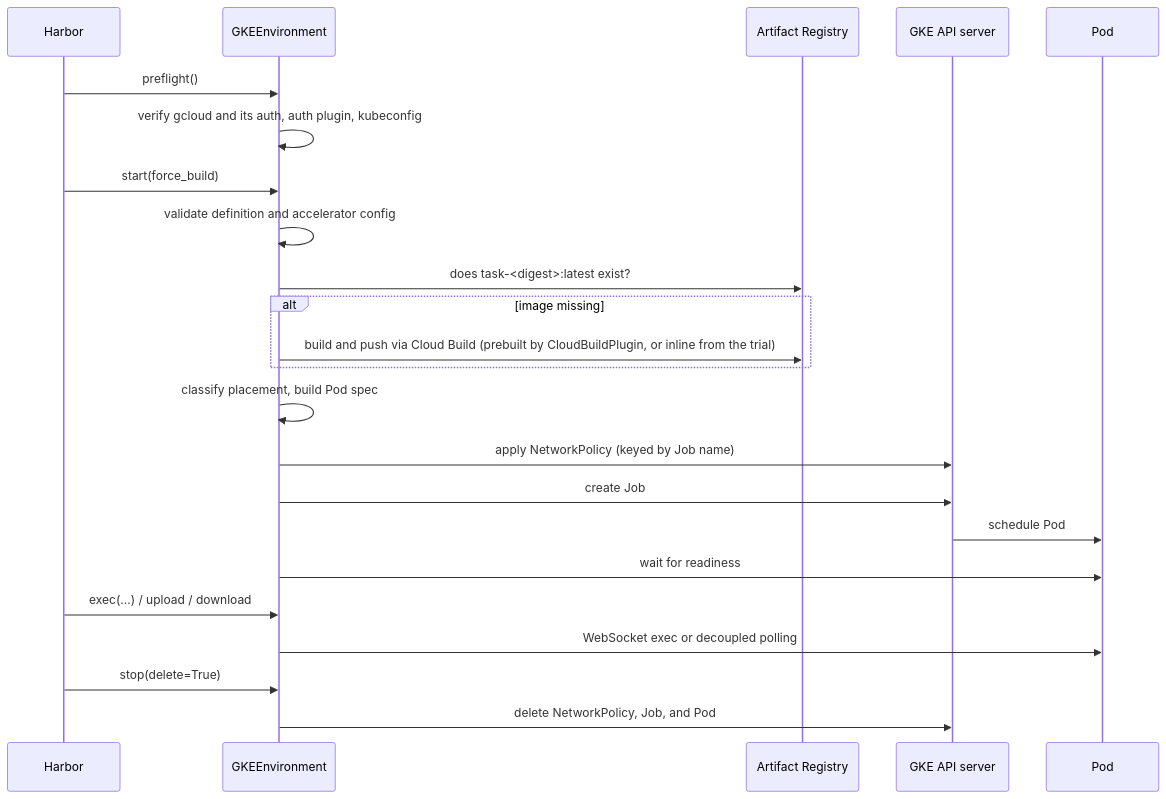
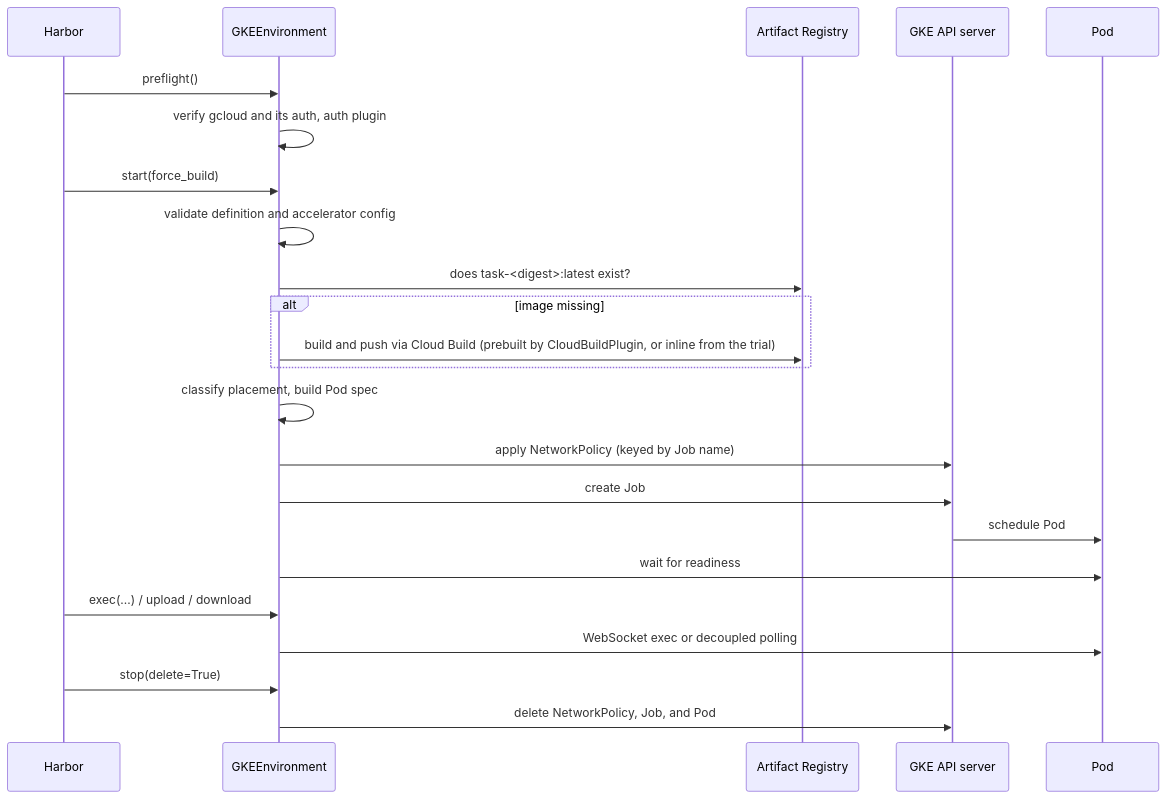
One commit to vladkol/harbor-gke-ext changed the second of 2 diagrams in docs/architecture.md. Above: the diagram before and after it, drawn with Mermaid. The commit also changed other lines of this file and 40 other files, not shown here.

````diff
--- a/docs/architecture.md
+++ b/docs/architecture.md
@@ -115,26 +115,26 @@
 ```mermaid
 sequenceDiagram
   participant H as Harbor
   participant E as GKEEnvironment
   participant AR as Artifact Registry
   participant K as GKE API server
   participant P as Pod
 
   H->>E: preflight()
-  E->>E: verify gcloud and its auth, auth plugin, kubeconfig
+  E->>E: verify gcloud and its auth, auth plugin
   H->>E: start(force_build)
   E->>E: validate definition and accelerator config
   E->>AR: does task-<digest>:latest exist?
   alt image missing
     E->>AR: build and push via Cloud Build (prebuilt by CloudBuildPlugin, or inline from the trial)
   end
   E->>E: classify placement, build Pod spec
   E->>K: apply NetworkPolicy (keyed by Job name)
   E->>K: create Job
   K->>P: schedule Pod
   E->>P: wait for readiness
   H->>E: exec(...) / upload / download
   E->>P: WebSocket exec or decoupled polling
   H->>E: stop(delete=True)
   E->>K: delete NetworkPolicy, Job, and Pod
 ```
````
